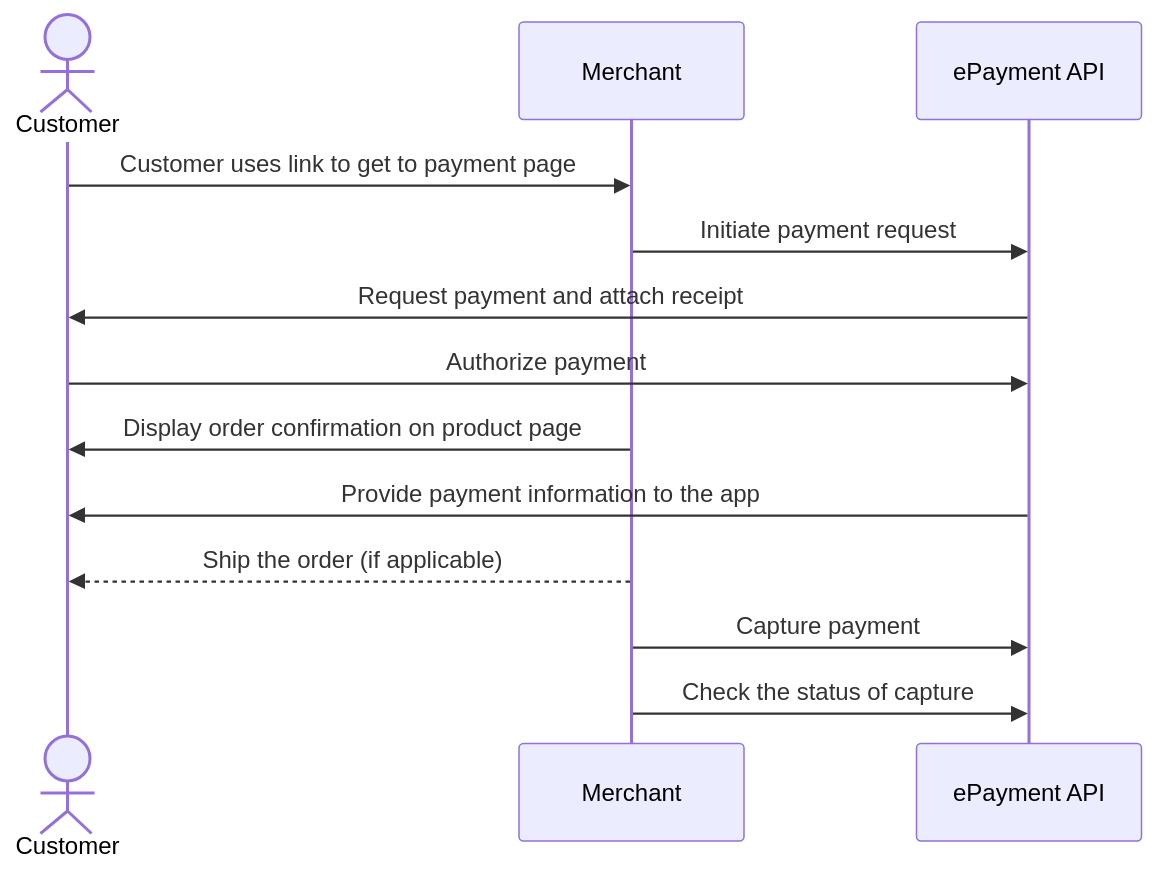
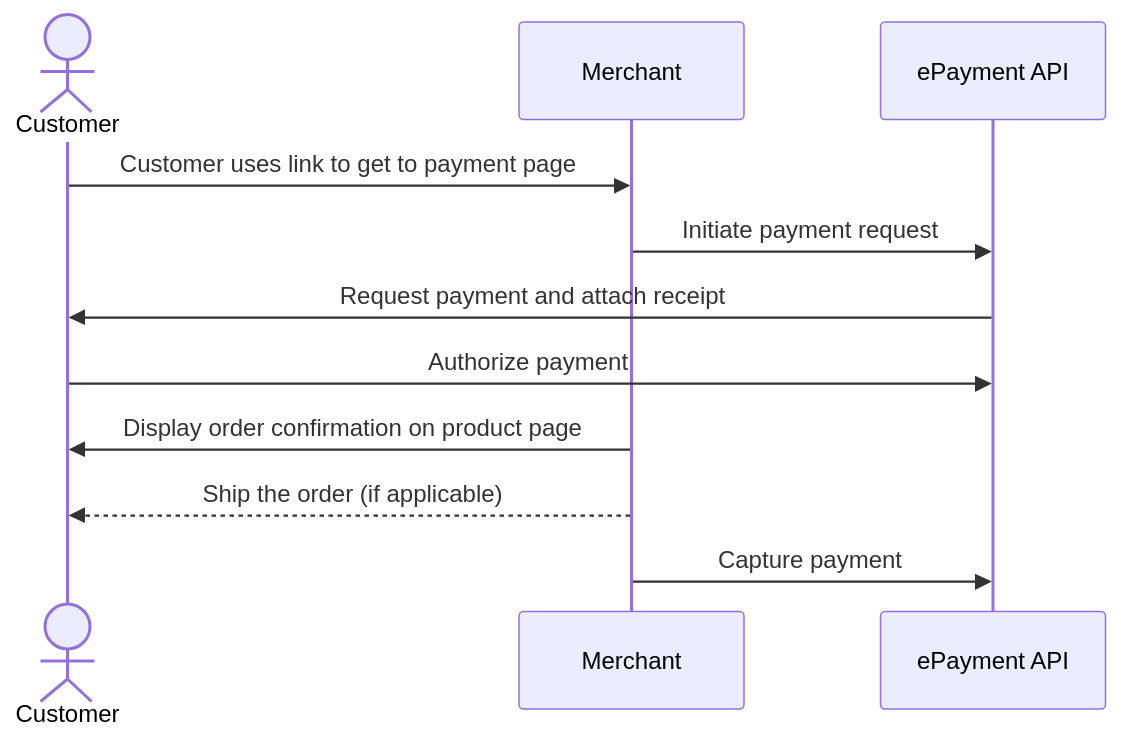
One commit to vippsas/vipps-solutions changed the diagram in invoice-through-epayments/payment-sent-as-link.md. Above: the diagram before and after it, drawn with Mermaid. The commit also changed other lines of this file and 16 other files, not shown here.

````diff
--- a/invoice-through-epayments/payment-sent-as-link.md
+++ b/invoice-through-epayments/payment-sent-as-link.md
@@ -173,16 +170,14 @@
 ``` mermaid
 sequenceDiagram
     actor C as Customer
     participant M as Merchant
     participant ePayment as ePayment API
     
     C->>M: Customer uses link to get to payment page
     M->>ePayment: Initiate payment request
     ePayment->>C: Request payment and attach receipt
     C->>ePayment: Authorize payment
     M->>C: Display order confirmation on product page
-    ePayment->>C: Provide payment information to the app
     M-->>C: Ship the order (if applicable)
-    M->>ePayment: Capture payment 
-    M->>ePayment: Check the status of capture
+    M->>ePayment: Capture payment
 ```
````
